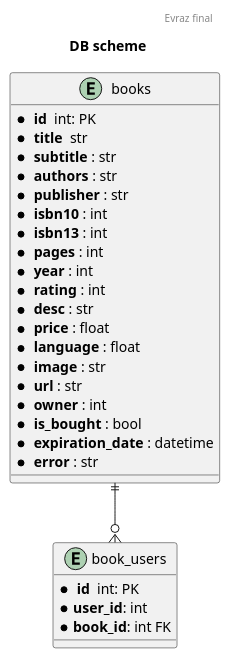
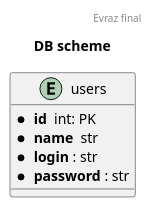
The diagram in docs/users_db_scheme.puml (Atmostone/EvrazFinal), drawn with PlantUML before and after one commit. The commit also changed 33 other files, not shown here.

```diff
--- a/docs/users_db_scheme.puml
+++ b/docs/users_db_scheme.puml
@@ -1,38 +1,18 @@
 @startuml
 header Evraz final
 title DB scheme
 
 skinparam linetype ortho
 
 
-entity books{
+entity users{
     * ** id ** int: PK
-    * ** title ** str
-    * ** subtitle **: str
-    * ** authors **: str
-    * ** publisher **: str
-    * ** isbn10 **: int
-    * ** isbn13 **: int
-    * ** pages **: int
-    * ** year **: int
-    * ** rating **: int
-    * ** desc **: str
-    * ** price **: float
-    * ** language **: float
-    * ** image **: str
-    * ** url **: str
-    * ** owner **: int
-    * ** is_bought **: bool
-    * ** expiration_date **: datetime
-    * ** error **: str
+    * ** name ** str
+    * ** login **: str
+    * ** password **: str
+
 }
 
-entity book_users{
-    * ** id ** int: PK
-    * **user_id**: int
-    * **book_id**: int FK
-}
 
-books ||--o{ book_users
 
 @enduml
```
